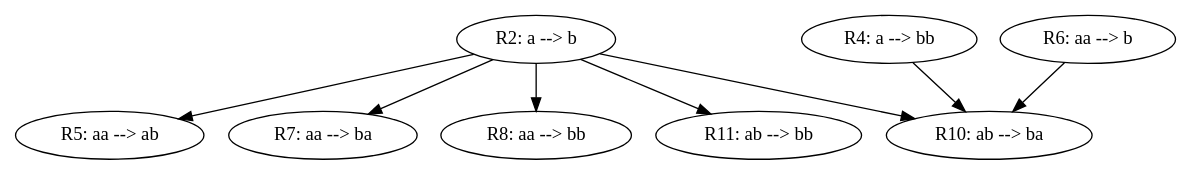
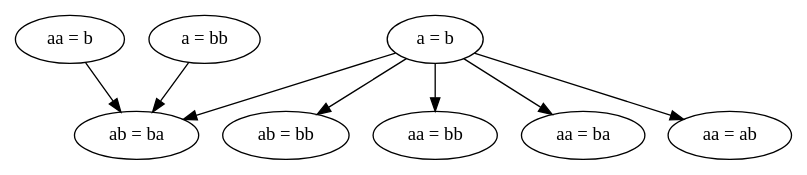
Before and after one commit to hjbar/rewriting_project: the diagram in archives/alpha_len-2_word_len-2--graph.dot, drawn with Graphviz. The commit also changed 13 other files, not shown here.

Commit message:
Diagramme de Hasse

```diff
--- a/archives/alpha_len-2_word_len-2--graph.dot
+++ b/archives/alpha_len-2_word_len-2--graph.dot
@@ -1,11 +1,11 @@
 digraph finite_state_machine {
 	rankdir=TB;
 	node [shape = ellipse];
-	"R2: a --> b" -> "R5: aa --> ab"
-	"R2: a --> b" -> "R7: aa --> ba"
-	"R2: a --> b" -> "R8: aa --> bb"
-	"R2: a --> b" -> "R10: ab --> ba"
-	"R2: a --> b" -> "R11: ab --> bb"
-	"R4: a --> bb" -> "R10: ab --> ba"
-	"R6: aa --> b" -> "R10: ab --> ba"
+	"aa = b" -> "ab = ba"
+	"a = b" -> "ab = bb"
+	"a = b" -> "ab = ba"
+	"a = b" -> "aa = bb"
+	"a = b" -> "aa = ba"
+	"a = b" -> "aa = ab"
+	"a = bb" -> "ab = ba"
 }
```
